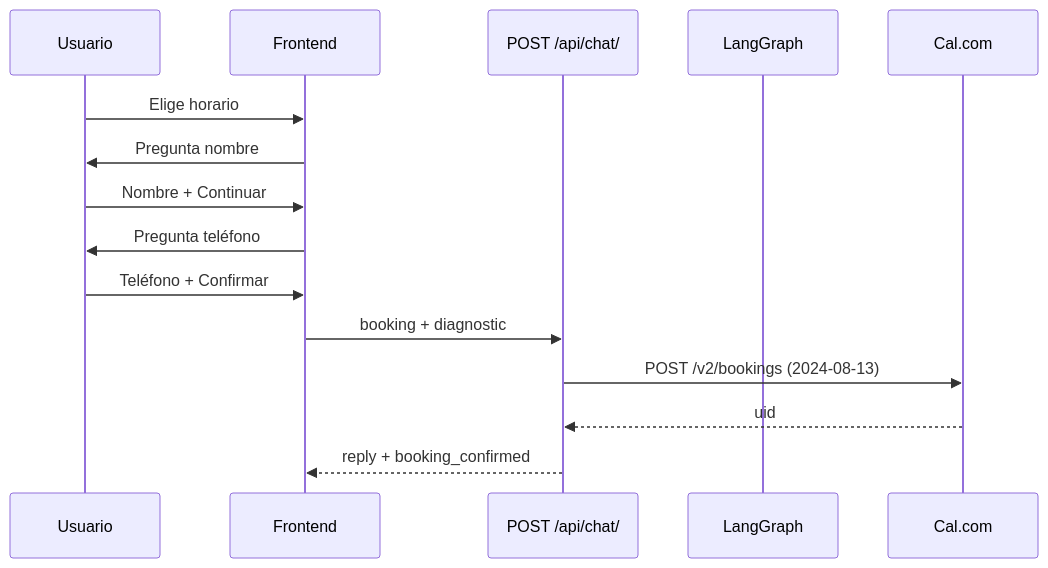
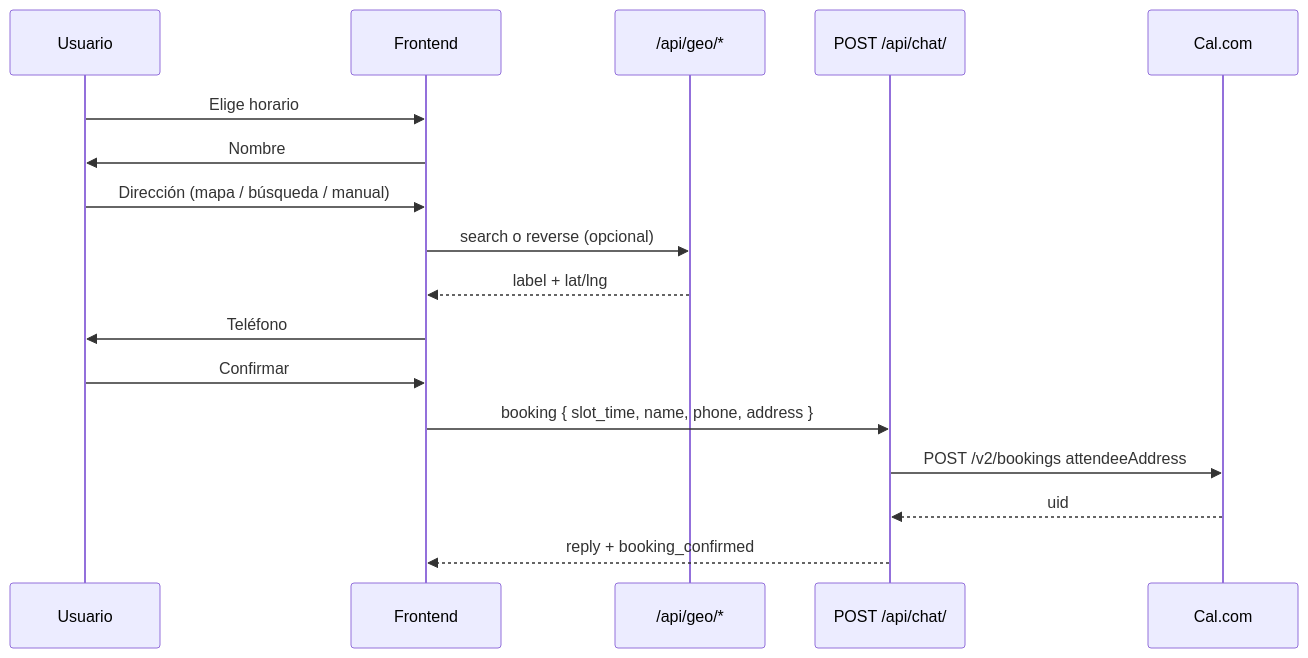
The first of 2 diagrams in .agents/skills/bio_assistant/reference.md (AlbertoSanzAlonso/cucarachas_web), drawn with Mermaid before and after one commit. The commit also changed other lines of this file and 14 other files, not shown here.

First line of the commit message:
docs(skills): reserva con dirección OSM, Cal 278962 y admin agenda

````diff
--- a/.agents/skills/bio_assistant/reference.md
+++ b/.agents/skills/bio_assistant/reference.md
@@ -5,18 +5,20 @@
 ```mermaid
 sequenceDiagram
   participant U as Usuario
   participant FE as Frontend
+  participant Geo as /api/geo/*
   participant API as POST /api/chat/
-  participant G as LangGraph
   participant Cal as Cal.com
 
   U->>FE: Elige horario
-  FE->>U: Pregunta nombre
-  U->>FE: Nombre + Continuar
-  FE->>U: Pregunta teléfono
-  U->>FE: Teléfono + Confirmar
-  FE->>API: booking + diagnostic
-  API->>Cal: POST /v2/bookings (2024-08-13)
+  FE->>U: Nombre
+  U->>FE: Dirección (mapa / búsqueda / manual)
+  FE->>Geo: search o reverse (opcional)
+  Geo-->>FE: label + lat/lng
+  FE->>U: Teléfono
+  U->>FE: Confirmar
+  FE->>API: booking { slot_time, name, phone, address }
+  API->>Cal: POST /v2/bookings attendeeAddress
   Cal-->>API: uid
   API-->>FE: reply + booking_confirmed
 ```
````
